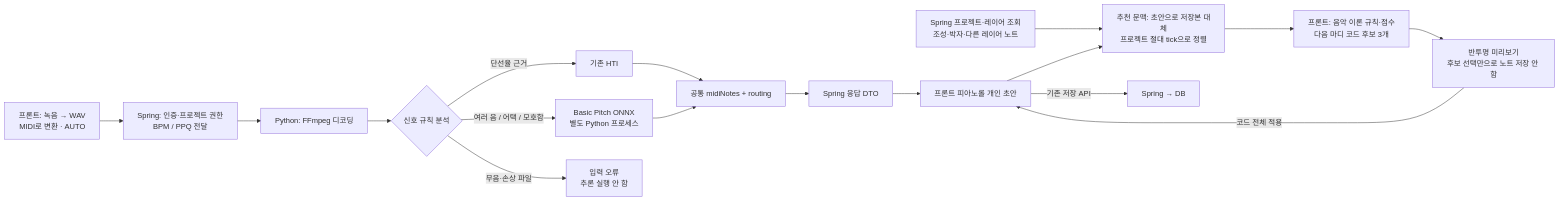
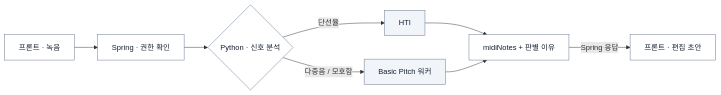
One commit to Team-Glitched/narackrock_frontend_v1 changed the first of 2 diagrams in AUTO_MIDI_ROUTING.md. Above: the diagram before and after it, drawn with Mermaid. The commit also changed other lines of this file and 4 other files, not shown here.

Commit message:
docs: redraw MIDI and chord flows with Mermaid

````diff
--- a/AUTO_MIDI_ROUTING.md
+++ b/AUTO_MIDI_ROUTING.md
@@ -7,19 +9,13 @@
 ```mermaid
 flowchart LR
-    F["프론트: 녹음 → WAV<br/>MIDI로 변환 · AUTO"] --> S["Spring: 인증·프로젝트 권한<br/>BPM / PPQ 전달"]
-    S --> D["Python: FFmpeg 디코딩"]
-    D --> R{"신호 규칙 분석"}
-    R -->|"단선율 근거"| H["기존 HTI"]
-    R -->|"여러 음 / 어택 / 모호함"| B["Basic Pitch ONNX<br/>별도 Python 프로세스"]
-    R -->|"무음·손상 파일"| E["입력 오류<br/>추론 실행 안 함"]
-    H --> N["공통 midiNotes + routing"]
-    B --> N
-    N --> O["Spring 응답 DTO"]
-    O --> P["프론트 피아노롤 개인 초안"]
-    L["Spring 프로젝트·레이어 조회<br/>조성·박자·다른 레이어 노트"] --> C["추천 문맥: 초안으로 저장본 대체<br/>프로젝트 절대 tick으로 정렬"]
-    P --> C
-    C --> Q["프론트: 음악 이론 규칙·점수<br/>다음 마디 코드 후보 3개"]
-    Q --> V["반투명 미리보기<br/>후보 선택만으로 노트 저장 안 함"]
-    V -->|"코드 전체 적용"| P
-    P -->|"기존 저장 API"| DB["Spring → DB"]
+    recording["프론트 · 녹음"] --> spring["Spring · 권한 확인"]
+    spring --> routing{"Python · 신호 분석"}
+    routing -->|"단선율"| hti["HTI"]
+    routing -->|"다중음 / 모호함"| basicPitch["Basic Pitch 워커"]
+    hti --> notes["midiNotes + 판별 이유"]
+    basicPitch --> notes
+    notes -->|"Spring 응답"| draft["프론트 · 편집 초안"]
+    classDef default fill:#fff,stroke:#64748b,stroke-width:1px,color:#172033;
+    classDef engine fill:#f1f5f9,stroke:#64748b,color:#172033;
+    class hti,basicPitch engine;
 ```
````
